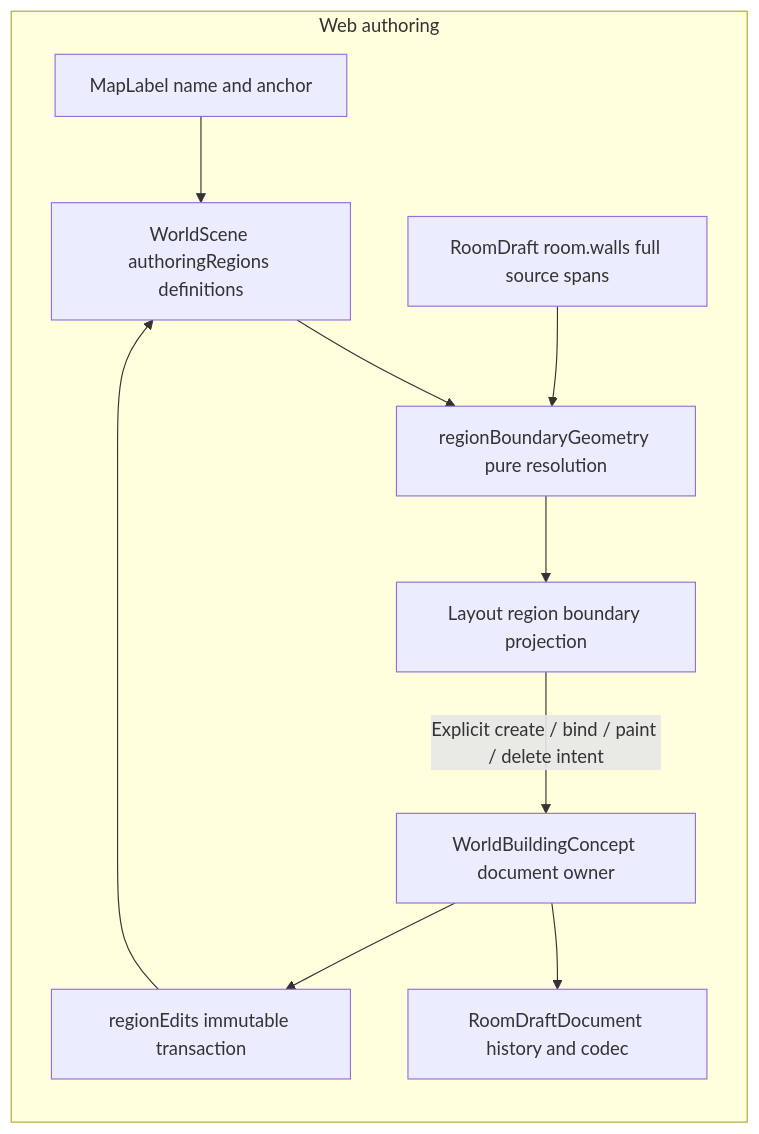
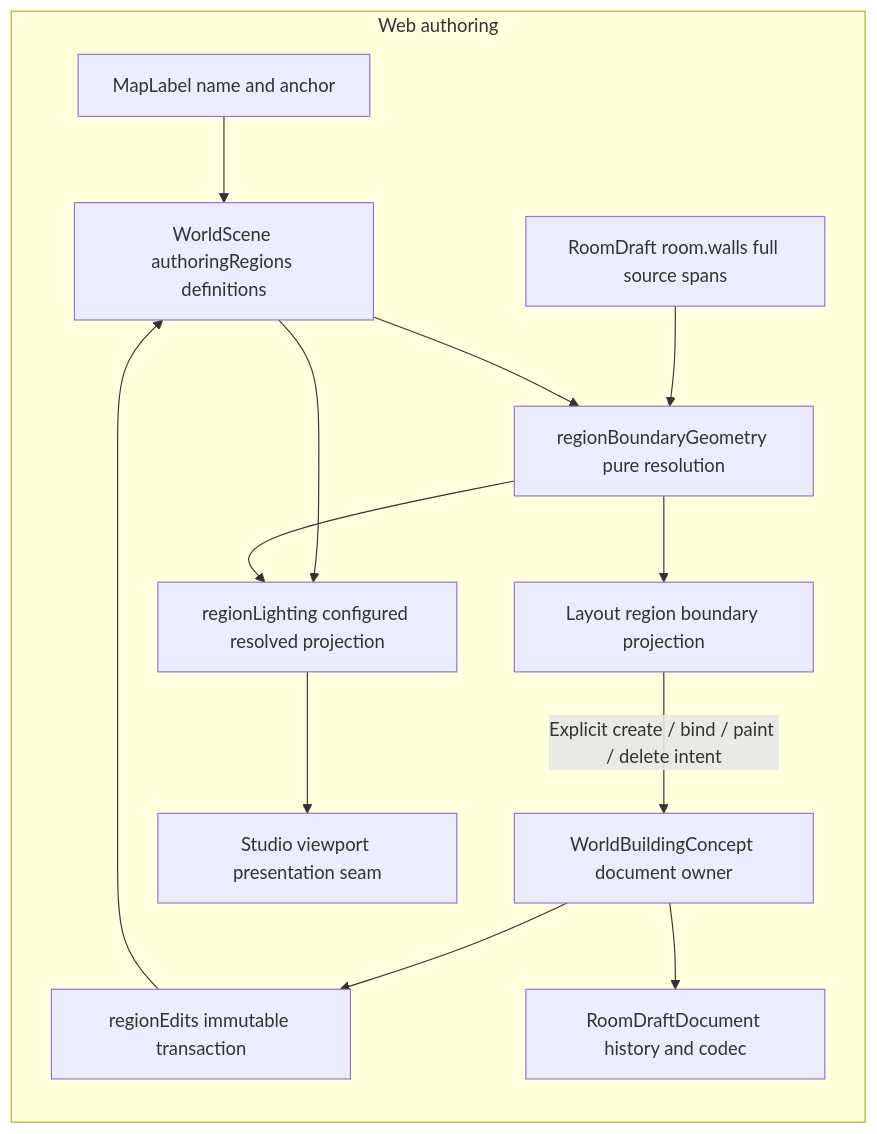
The diagram in docs/architecture/components/encounter-studio-regions/design.md (KirkDiggler/rpg-dnd5e-web), drawn with Mermaid before and after one commit. The commit also changed other lines of this file and 22 other files, not shown here.

First line of the commit message:
feat(studio): add optional region lighting intent and projection

````diff
--- a/docs/architecture/components/encounter-studio-regions/design.md
+++ b/docs/architecture/components/encounter-studio-regions/design.md
@@ -3,13 +3,16 @@
 ```mermaid
 flowchart LR
   subgraph Web[Web authoring]
     L[MapLabel name and anchor] --> D[WorldScene authoringRegions definitions]
     W[RoomDraft room.walls full source spans] --> G[regionBoundaryGeometry pure resolution]
     D --> G
     G --> P[Layout region boundary projection]
     P -->|Explicit create / bind / paint / delete intent| O[WorldBuildingConcept document owner]
     O --> E[regionEdits immutable transaction]
     E --> D
     O --> H[RoomDraftDocument history and codec]
+    D --> F[regionLighting configured resolved projection]
+    G --> F
+    F --> V[Studio viewport presentation seam]
   end
 ```
````
